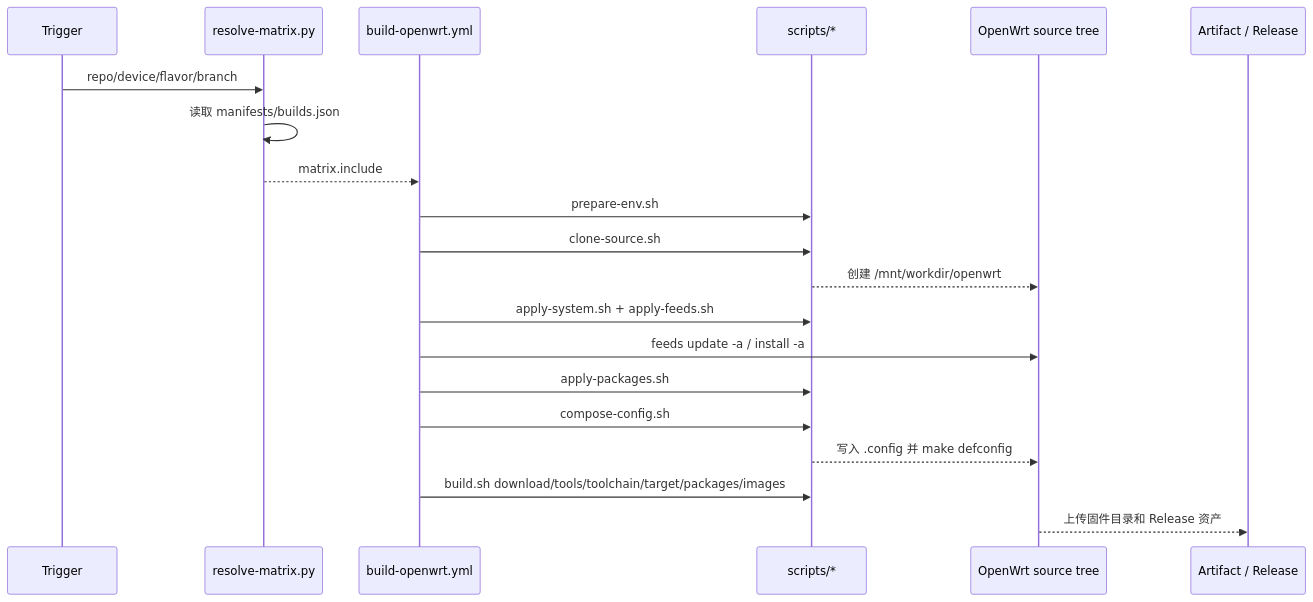
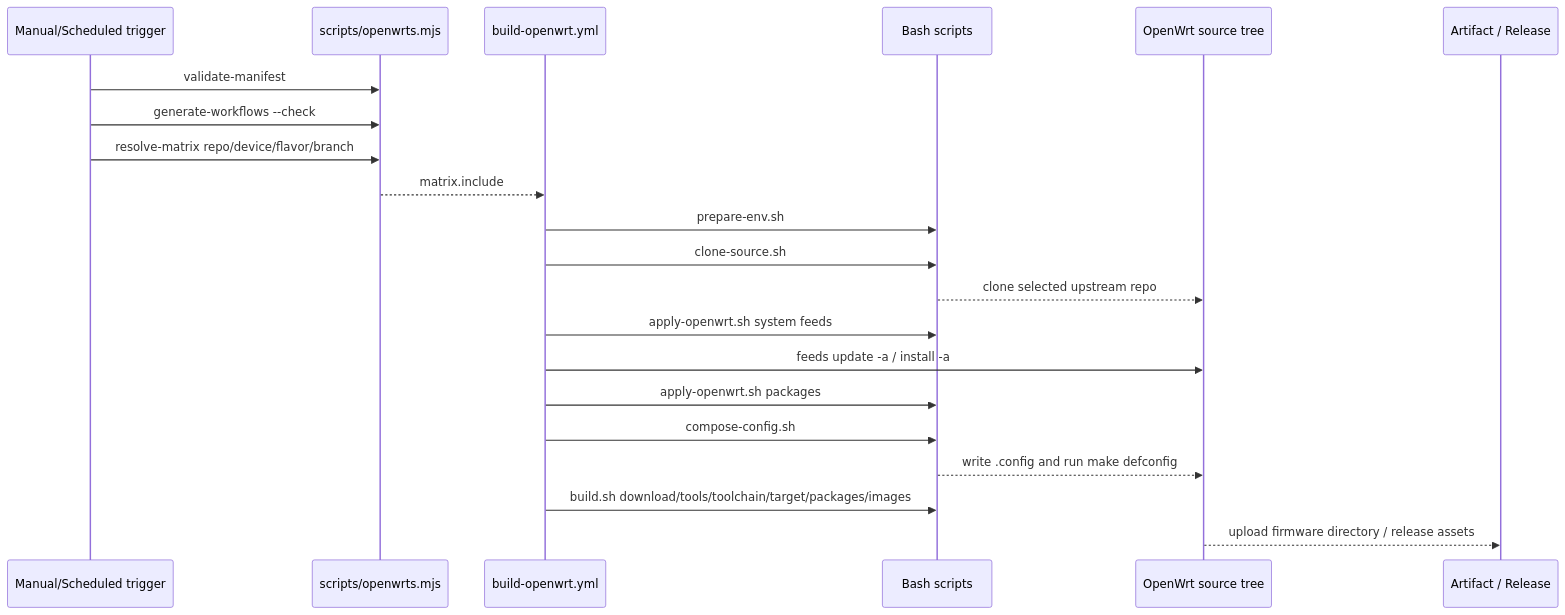
One commit to bigbugcc/OpenWrts changed the second of 2 diagrams in docs/project-analysis.md. Above: the diagram before and after it, drawn with Mermaid. The commit also changed other lines of this file and 20 other files, not shown here.

Commit message:
Refactor workflow generation and OpenWrt build scripts

````diff
--- a/docs/project-analysis.md
+++ b/docs/project-analysis.md
@@ -48,23 +50,24 @@
 ```mermaid
 sequenceDiagram
-    participant Trigger as Trigger
-    participant Matrix as resolve-matrix.py
+    participant Trigger as Manual/Scheduled trigger
+    participant Node as scripts/openwrts.mjs
     participant Build as build-openwrt.yml
-    participant Scripts as scripts/*
+    participant Shell as Bash scripts
     participant OpenWrt as OpenWrt source tree
     participant Output as Artifact / Release
 
-    Trigger->>Matrix: repo/device/flavor/branch
-    Matrix->>Matrix: 读取 manifests/builds.json
-    Matrix-->>Build: matrix.include
-    Build->>Scripts: prepare-env.sh
-    Build->>Scripts: clone-source.sh
-    Scripts-->>OpenWrt: 创建 /mnt/workdir/openwrt
-    Build->>Scripts: apply-system.sh + apply-feeds.sh
+    Trigger->>Node: validate-manifest
+    Trigger->>Node: generate-workflows --check
+    Trigger->>Node: resolve-matrix repo/device/flavor/branch
+    Node-->>Build: matrix.include
+    Build->>Shell: prepare-env.sh
+    Build->>Shell: clone-source.sh
+    Shell-->>OpenWrt: clone selected upstream repo
+    Build->>Shell: apply-openwrt.sh system feeds
     Build->>OpenWrt: feeds update -a / install -a
-    Build->>Scripts: apply-packages.sh
-    Build->>Scripts: compose-config.sh
-    Scripts-->>OpenWrt: 写入 .config 并 make defconfig
-    Build->>Scripts: build.sh download/tools/toolchain/target/packages/images
-    OpenWrt-->>Output: 上传固件目录和 Release 资产
+    Build->>Shell: apply-openwrt.sh packages
+    Build->>Shell: compose-config.sh
+    Shell-->>OpenWrt: write .config and run make defconfig
+    Build->>Shell: build.sh download/tools/toolchain/target/packages/images
+    OpenWrt-->>Output: upload firmware directory / release assets
 ```
````
